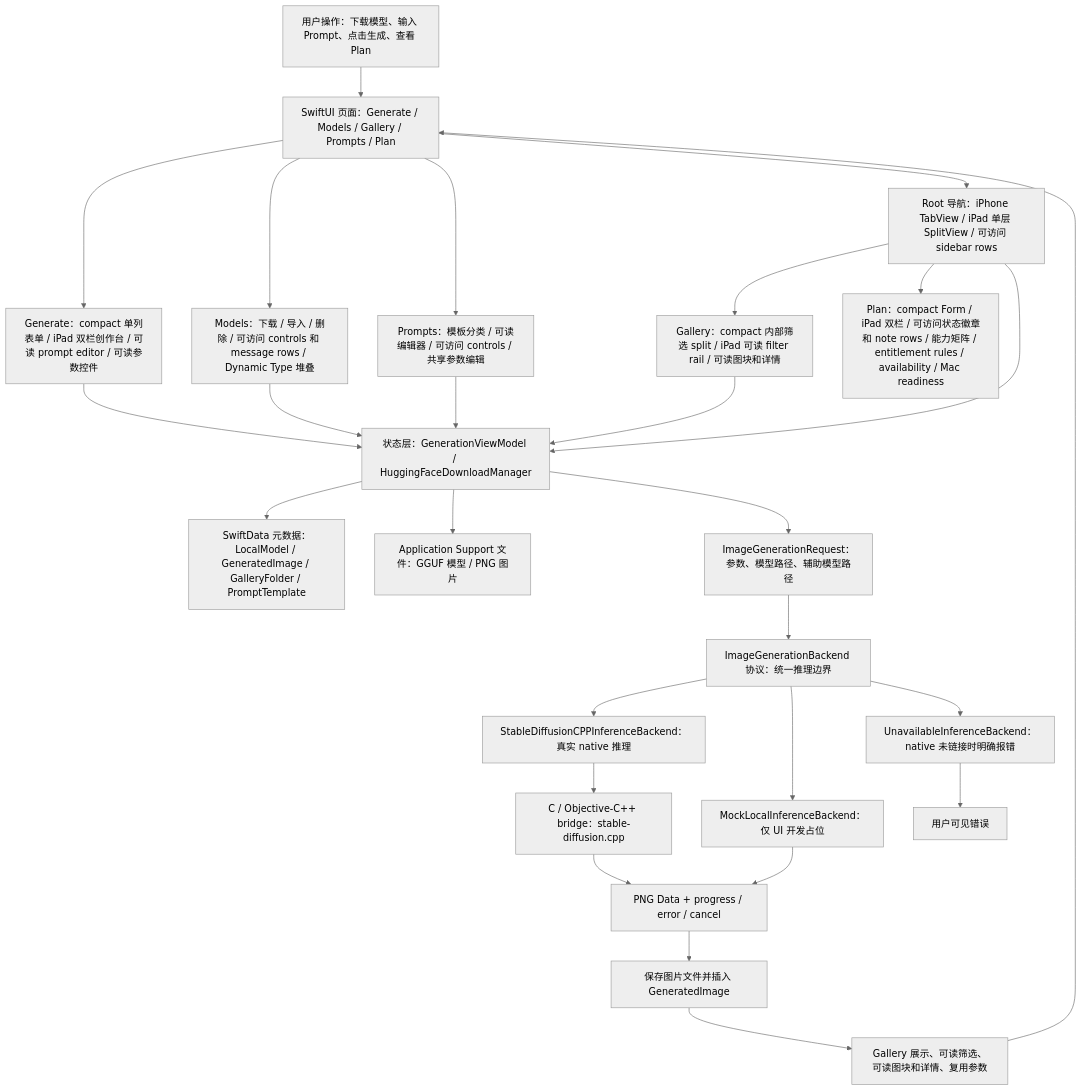
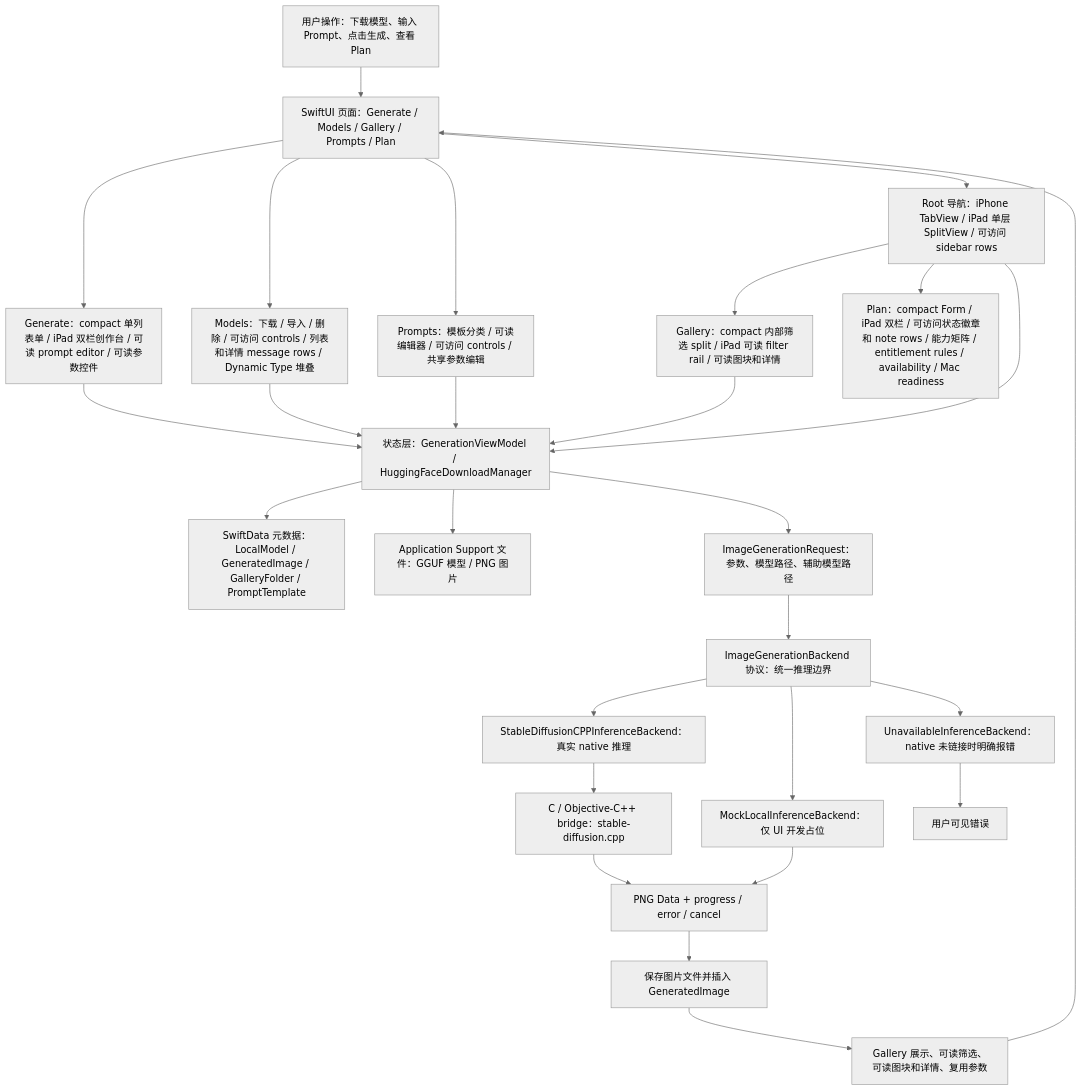
One commit to Altman-sam114/118 changed the first of 7 diagrams in md/flow/flowchart.md. Above: the diagram before and after it, drawn with Mermaid (neutral theme). The commit also changed 5 other files, not shown here.

First line of the commit message:
v1.23: Models detail message accessibility

````diff
--- a/md/flow/flowchart.md
+++ b/md/flow/flowchart.md
@@ -9,29 +9,29 @@
 ```mermaid
 flowchart TD
   U["用户操作：下载模型、输入 Prompt、点击生成、查看 Plan"] --> UI["SwiftUI 页面：Generate / Models / Gallery / Prompts / Plan"]
   UI --> GENUI["Generate：compact 单列表单 / iPad 双栏创作台 / 可读 prompt editor / 可读参数控件"]
-  UI --> MODELUI["Models：下载 / 导入 / 删除 / 可访问 controls 和 message rows / Dynamic Type 堆叠"]
+  UI --> MODELUI["Models：下载 / 导入 / 删除 / 可访问 controls / 列表和详情 message rows / Dynamic Type 堆叠"]
   UI --> PROMPTUI["Prompts：模板分类 / 可读编辑器 / 可访问 controls / 共享参数编辑"]
   UI --> NAV["Root 导航：iPhone TabView / iPad 单层 SplitView / 可访问 sidebar rows"]
   NAV --> GALUI["Gallery：compact 内部筛选 split / iPad 可读 filter rail / 可读图块和详情"]
   NAV --> PLANUI["Plan：compact Form / iPad 双栏 / 可访问状态徽章和 note rows / 能力矩阵 / entitlement rules / availability / Mac readiness"]
   NAV --> VM["状态层：GenerationViewModel / HuggingFaceDownloadManager"]
   GENUI --> VM
   MODELUI --> VM
   PROMPTUI --> VM
   GALUI --> VM
   VM --> SD["SwiftData 元数据：LocalModel / GeneratedImage / GalleryFolder / PromptTemplate"]
   VM --> FS["Application Support 文件：GGUF 模型 / PNG 图片"]
   VM --> REQ["ImageGenerationRequest：参数、模型路径、辅助模型路径"]
   REQ --> IFACE["ImageGenerationBackend 协议：统一推理边界"]
   IFACE --> NATIVE["StableDiffusionCPPInferenceBackend：真实 native 推理"]
   IFACE --> MOCK["MockLocalInferenceBackend：仅 UI 开发占位"]
   IFACE --> OFF["UnavailableInferenceBackend：native 未链接时明确报错"]
   NATIVE --> BRIDGE["C / Objective-C++ bridge：stable-diffusion.cpp"]
   BRIDGE --> PNG["PNG Data + progress / error / cancel"]
   MOCK --> PNG
   OFF --> ERR["用户可见错误"]
   PNG --> SAVE["保存图片文件并插入 GeneratedImage"]
   SAVE --> GALLERY["Gallery 展示、可读筛选、可读图块和详情、复用参数"]
   GALLERY --> UI
 ```
````
